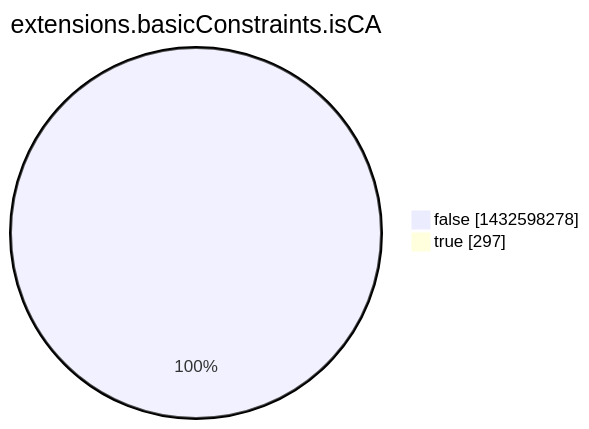
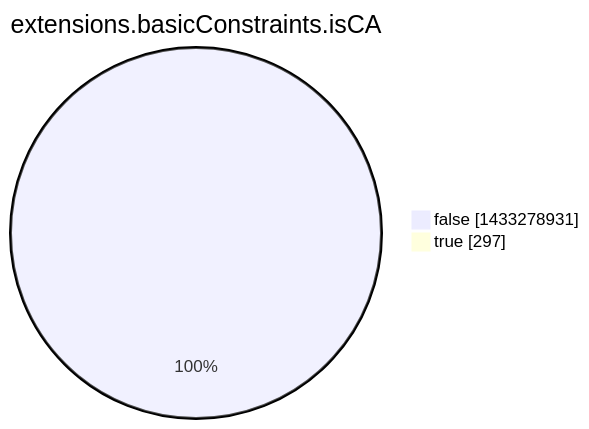
One commit to christiankrug/ctmonitor_visualization changed the eighth of 15 diagrams in argon2022/README.md. Above: the diagram before and after it, drawn with Mermaid. The commit also changed other lines of this file, not shown here.

````diff
--- a/argon2022/README.md
+++ b/argon2022/README.md
@@ -2760,6 +2760,6 @@
 ```mermaid
 pie showData
 title extensions.basicConstraints.isCA
-"false" :1432598278
+"false" :1433278931
 "true" :297
 ```
````
